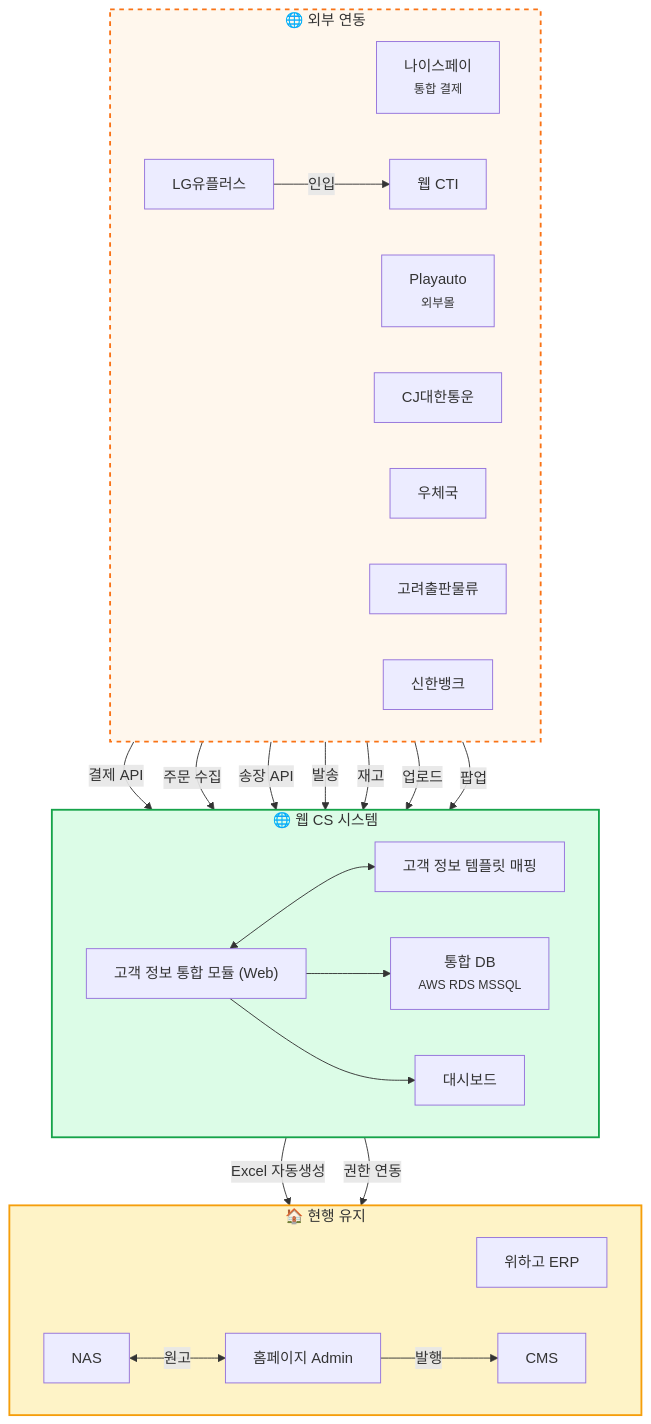
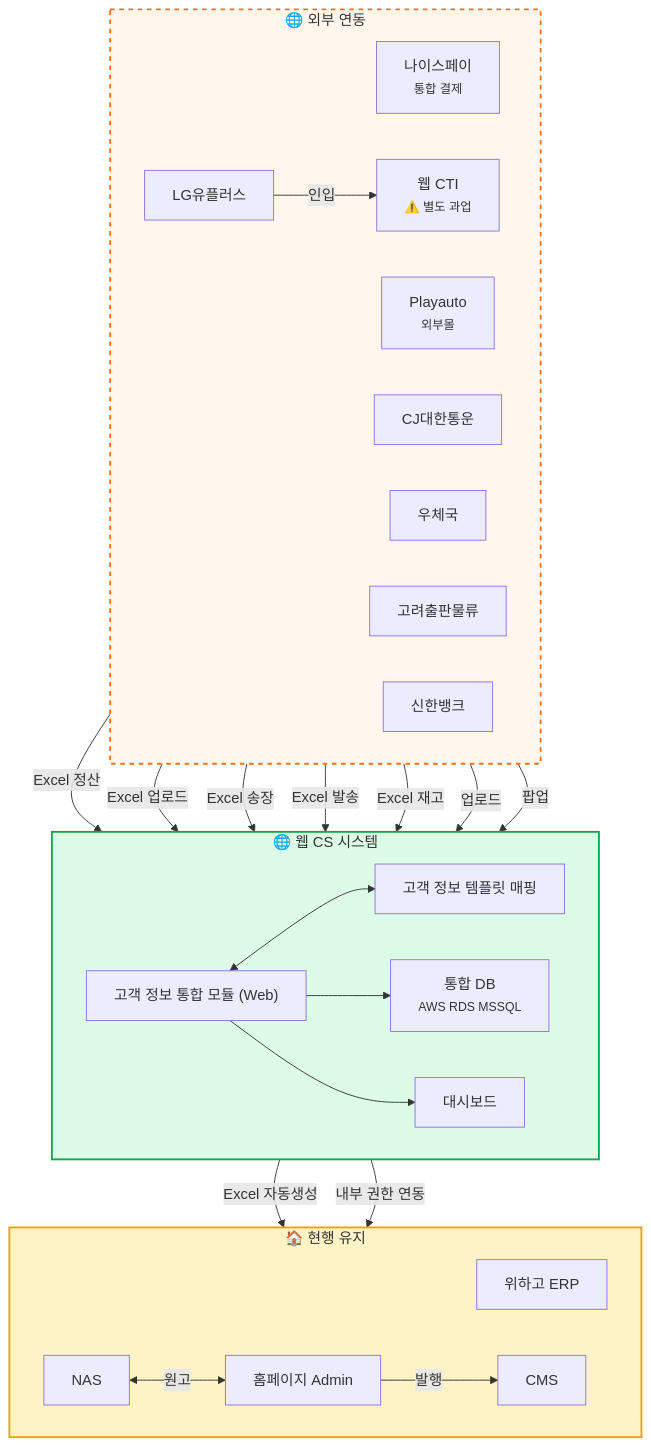
The seventh of 7 diagrams in src/content/docs/goodthinking-isp/04-design/entity-map-tobe.md (sknkwoxs/manual-book), drawn with Mermaid before and after one commit. The commit also changed other lines of this file and 17 other files, not shown here.

First line of the commit message:
docs(goodthinking-isp): Phase 3.5-5 — Mermaid 수정, 외부 API→Excel 템플릿 전환, 개인정보 보호 모듈 강화

````diff
--- a/src/content/docs/goodthinking-isp/04-design/entity-map-tobe.md
+++ b/src/content/docs/goodthinking-isp/04-design/entity-map-tobe.md
@@ -399,56 +399,56 @@
 ```mermaid
 flowchart TB
     subgraph EXTERNAL["🌐 외부 연동"]
         direction LR
         NICE["나이스페이<br/><small>통합 결제</small>"]
         PLAY["Playauto<br/><small>외부몰</small>"]
         CJ["CJ대한통운"]
         POST["우체국"]
         KORYO["고려출판물류"]
         BANK["신한뱅크"]
         LG["LG유플러스"]
-        CTI["웹 CTI"]
+        CTI["웹 CTI<br/><small>⚠️ 별도 과업</small>"]
     end
 
     subgraph CORE["🌐 웹 CS 시스템"]
         direction LR
         ADMIN["고객 정보 통합 모듈 (Web)"]
         API["고객 정보 템플릿 매핑"]
         DB["통합 DB<br/><small>AWS RDS MSSQL</small>"]
         DASH["대시보드"]
 
         ADMIN <--> API
         ADMIN --> DB
         ADMIN --> DASH
     end
 
     subgraph LEGACY["🏠 현행 유지"]
         direction LR
         ERP["위하고 ERP"]
         HP_ADMIN["홈페이지 Admin"]
         CMS["CMS"]
         NAS["NAS"]
     end
 
     %% 외부 → 웹 CS 시스템
-    NICE -->|"결제 API"| API
-    PLAY -->|"주문 수집"| API
-    CJ -->|"송장 API"| API
-    POST -->|"발송"| API
-    KORYO -->|"재고"| API
+    NICE -->|"Excel 정산"| API
+    PLAY -->|"Excel 업로드"| API
+    CJ -->|"Excel 송장"| API
+    POST -->|"Excel 발송"| API
+    KORYO -->|"Excel 재고"| API
     BANK -->|"업로드"| API
     LG -->|"인입"| CTI
     CTI -->|"팝업"| ADMIN
 
     %% 웹 CS 시스템 → 현행 유지
     API -->|"Excel 자동생성"| ERP
-    API -->|"권한 연동"| CMS
+    API -->|"내부 권한 연동"| CMS
 
     %% 콘텐츠 시스템
     NAS <-->|"원고"| HP_ADMIN
     HP_ADMIN -->|"발행"| CMS
 
     style CORE fill:#dcfce7,stroke:#16a34a,stroke-width:2px
     style LEGACY fill:#fef3c7,stroke:#f59e0b,stroke-width:2px
     style EXTERNAL fill:#fff7ed,stroke:#f97316,stroke-width:2px,stroke-dasharray: 5 5
 ```
````
